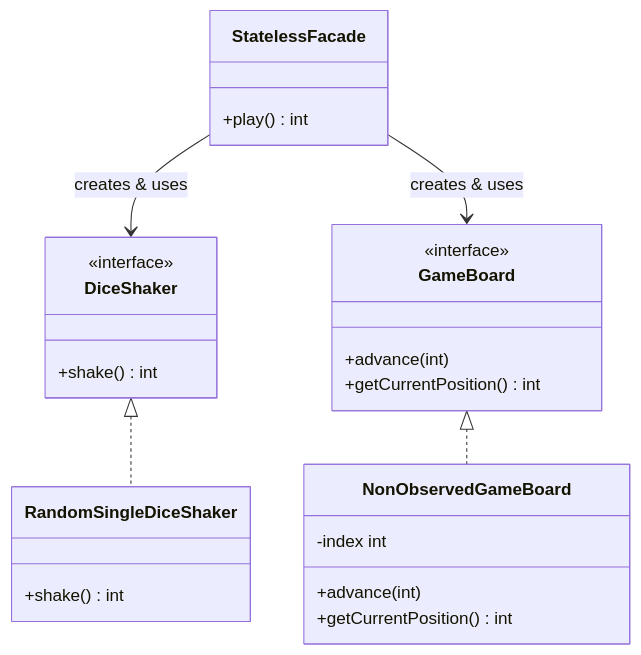
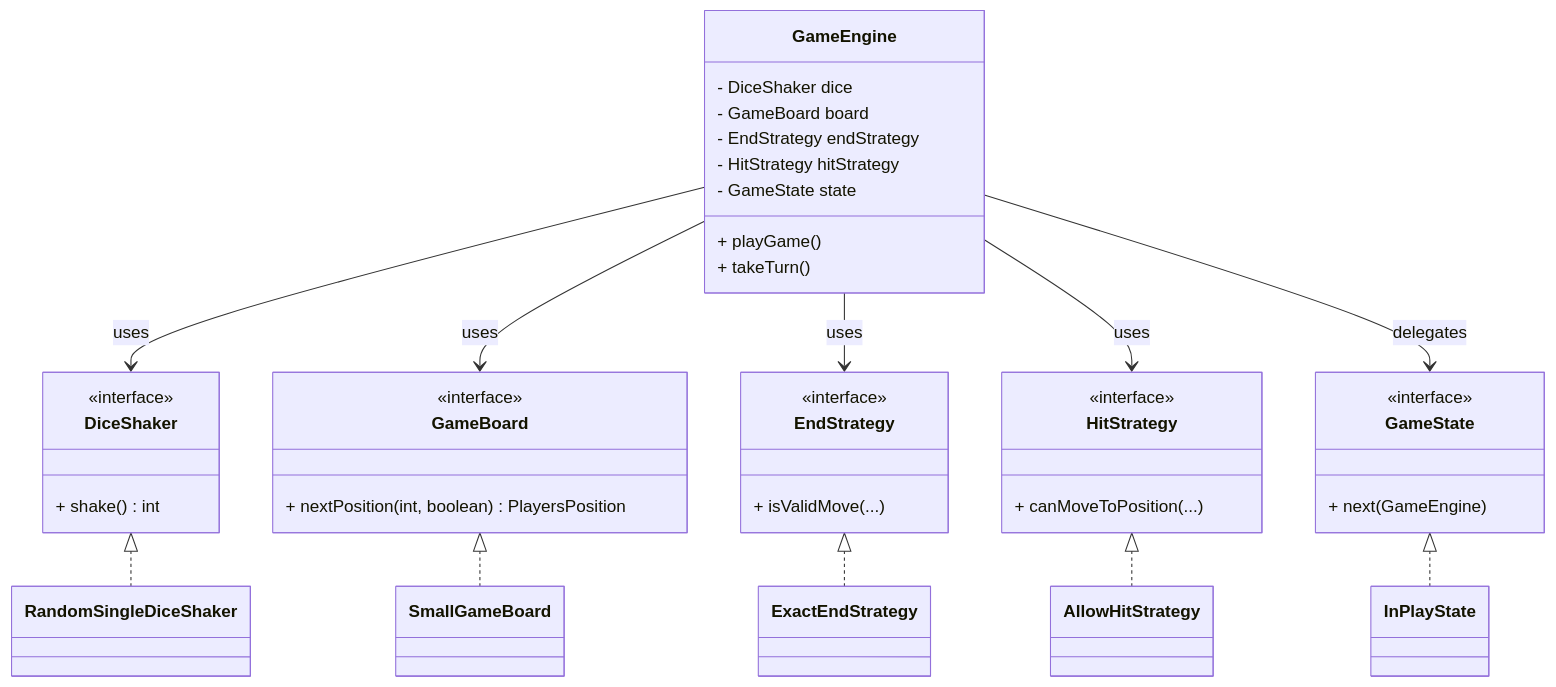
The seventh of 8 diagrams in README.md (daniel140280/Daniel_Hall_23748364), drawn with Mermaid before and after one commit. The commit also changed other lines of this file, not shown here.

Commit message:
README 16 Jan 4

````diff
--- a/README.md
+++ b/README.md
@@ -316,32 +326,62 @@
 ```mermaid
 classDiagram
-class StatelessFacade {
-+play() int
-}
+    direction TB
 
+    %% Facade
+    class GameEngine {
+        - DiceShaker dice
+        - GameBoard board
+        - EndStrategy endStrategy
+        - HitStrategy hitStrategy
+        - GameState state
+        + playGame()
+        + takeTurn()
+    }
+
+    %% Core Interfaces
     class DiceShaker {
         <<interface>>
-        +shake() int
-    }
-
-    class RandomSingleDiceShaker {
-        +shake() int
+        + shake() int
     }
 
     class GameBoard {
         <<interface>>
-        +advance(int)
-        +getCurrentPosition() int
+        + nextPosition(int, boolean) PlayersPosition
     }
 
-    class NonObservedGameBoard {
-        -index int
-        +advance(int)
-        +getCurrentPosition() int
+    class EndStrategy {
+        <<interface>>
+        + isValidMove(...)
     }
 
-    StatelessFacade --> DiceShaker : creates & uses
-    StatelessFacade --> GameBoard : creates & uses
+    class HitStrategy {
+        <<interface>>
+        + canMoveToPosition(...)
+    }
+
+    class GameState {
+        <<interface>>
+        + next(GameEngine)
+    }
+
+    %% Implementations (examples)
+    class RandomSingleDiceShaker
+    class SmallGameBoard
+    class ExactEndStrategy
+    class AllowHitStrategy
+    class InPlayState
+
+    %% Relationships
+    GameEngine --> DiceShaker : uses
+    GameEngine --> GameBoard : uses
+    GameEngine --> EndStrategy : uses
+    GameEngine --> HitStrategy : uses
+    GameEngine --> GameState : delegates
+
     DiceShaker <|.. RandomSingleDiceShaker
-    GameBoard <|.. NonObservedGameBoard
+    GameBoard <|.. SmallGameBoard
+    EndStrategy <|.. ExactEndStrategy
+    HitStrategy <|.. AllowHitStrategy
+    GameState <|.. InPlayState
+
 ```
````
